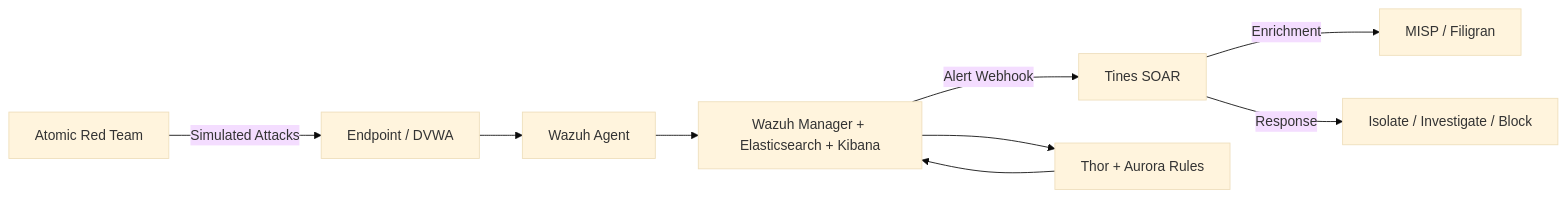
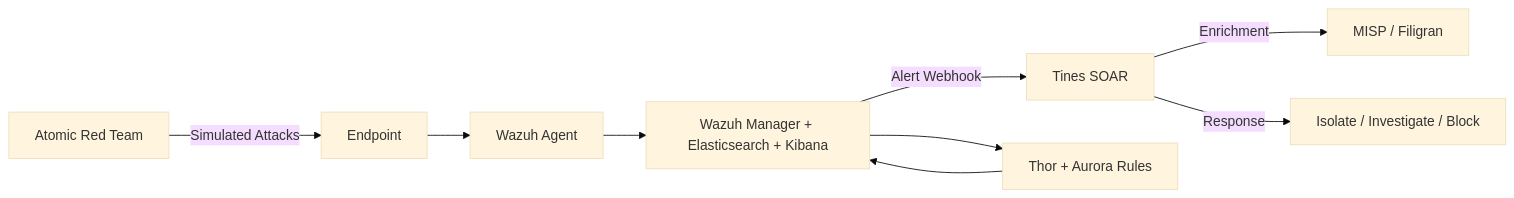
The diagram in build-a-lab/README.md (rickhenderson/portfolio), drawn with Mermaid (base theme) before and after one commit. The commit also changed other lines of this file, not shown here.

First line of the commit message:
Revise README with personal insights and architecture update

````diff
--- a/build-a-lab/README.md
+++ b/build-a-lab/README.md
@@ -9,11 +14,11 @@
 ```mermaid
 flowchart LR
-    A["Endpoint / DVWA"] --> B["Wazuh Agent"]
+    A["Endpoint"] --> B["Wazuh Agent"]
     B --> C["Wazuh Manager + Elasticsearch + Kibana"]
     C -->|"Alert Webhook"| D["Tines SOAR"]
     D -->|"Enrichment"| E["MISP / Filigran"]
     D -->|"Response"| F["Isolate / Investigate / Block"]
     C --> G["Thor + Aurora Rules"]
     G --> C
     H["Atomic Red Team"] -->|"Simulated Attacks"| A
 ```
````
